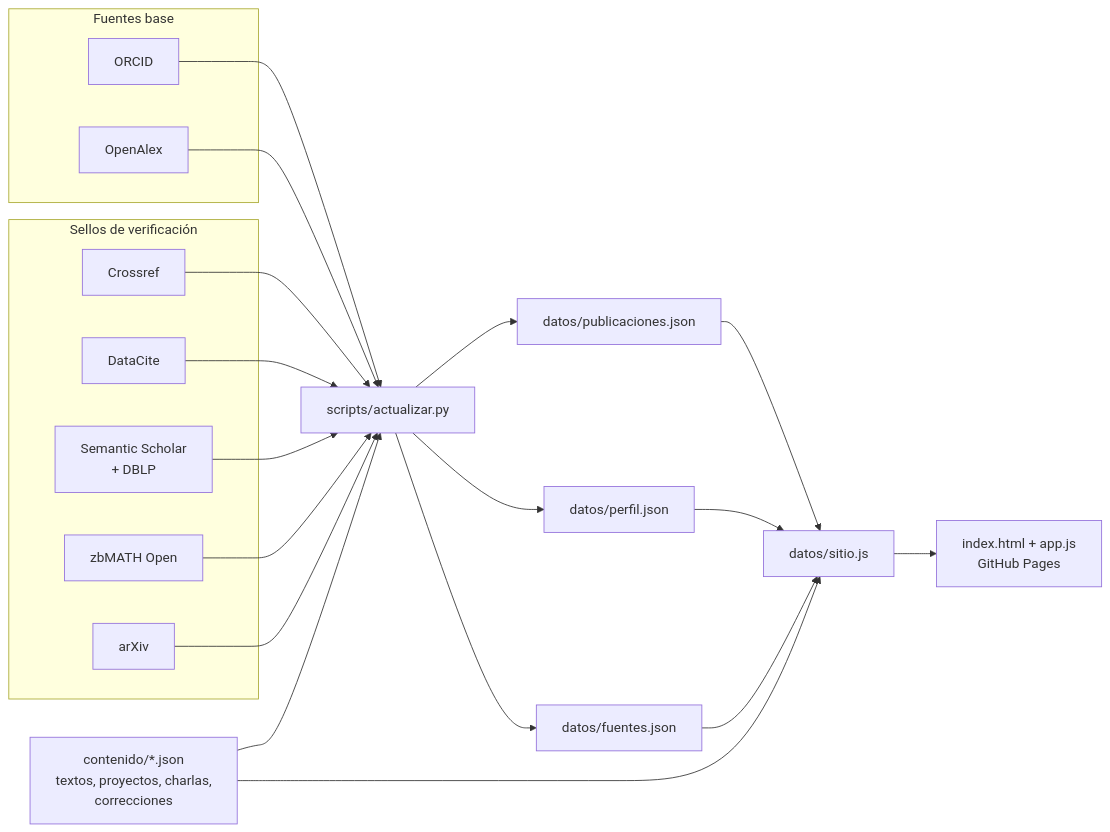
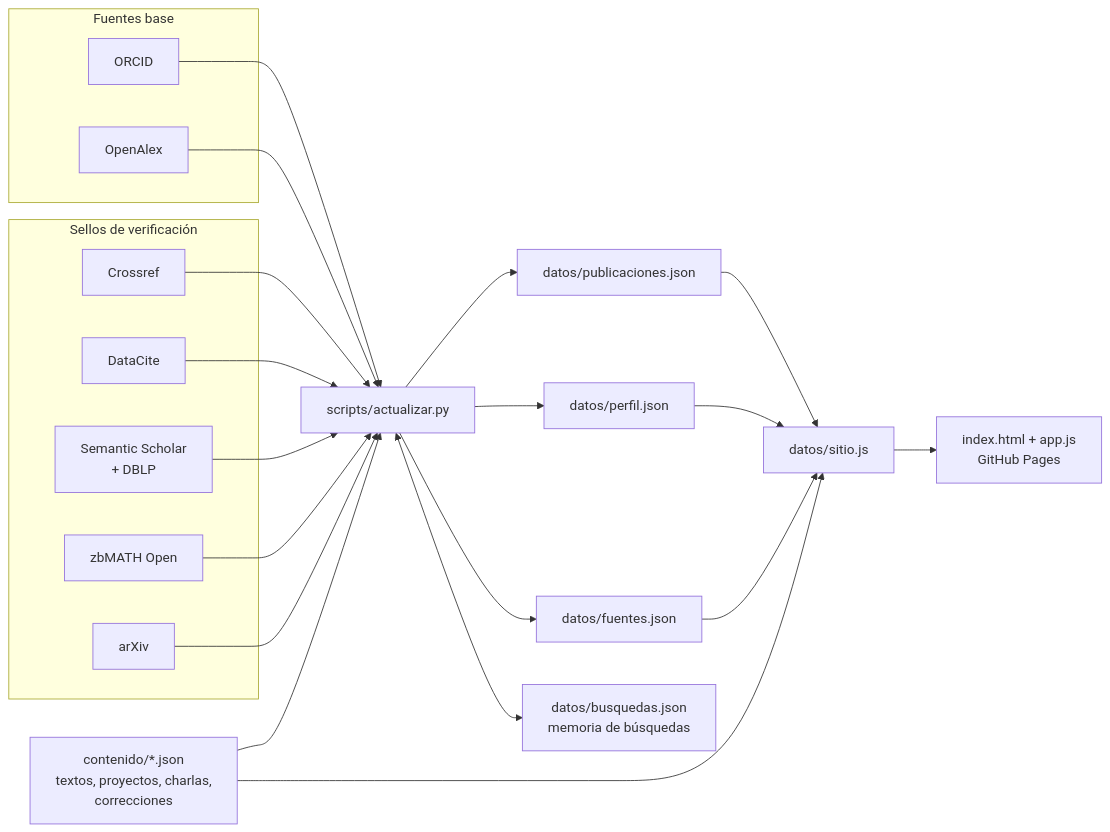
Before and after one commit to pagina06-dotcom/pagina06-dotcom.github.io: the diagram in docs/tecnico/modelo-de-datos.md, drawn with Mermaid. The commit also changed other lines of this file and 4 other files, not shown here.

````diff
--- a/docs/tecnico/modelo-de-datos.md
+++ b/docs/tecnico/modelo-de-datos.md
@@ -20,30 +20,31 @@
 ```mermaid
 flowchart LR
     subgraph Fuentes base
         ORCID[ORCID]
         OA[OpenAlex]
     end
     subgraph Sellos de verificación
         CR[Crossref]
         DC[DataCite]
         S2[Semantic Scholar<br/>+ DBLP]
         ZB[zbMATH Open]
         AX[arXiv]
     end
     ORCID --> R[scripts/actualizar.py]
     OA --> R
     CR --> R
     DC --> R
     S2 --> R
     ZB --> R
     AX --> R
     C[contenido/*.json<br/>textos, proyectos, charlas,<br/>correcciones] --> R
     R --> P[datos/publicaciones.json]
     R --> PF[datos/perfil.json]
     R --> F[datos/fuentes.json]
     P --> SJ[datos/sitio.js]
     PF --> SJ
     F --> SJ
+    R <--> BM[datos/busquedas.json<br/>memoria de búsquedas]
     C --> SJ
     SJ --> W[index.html + app.js<br/>GitHub Pages]
 ```
````
